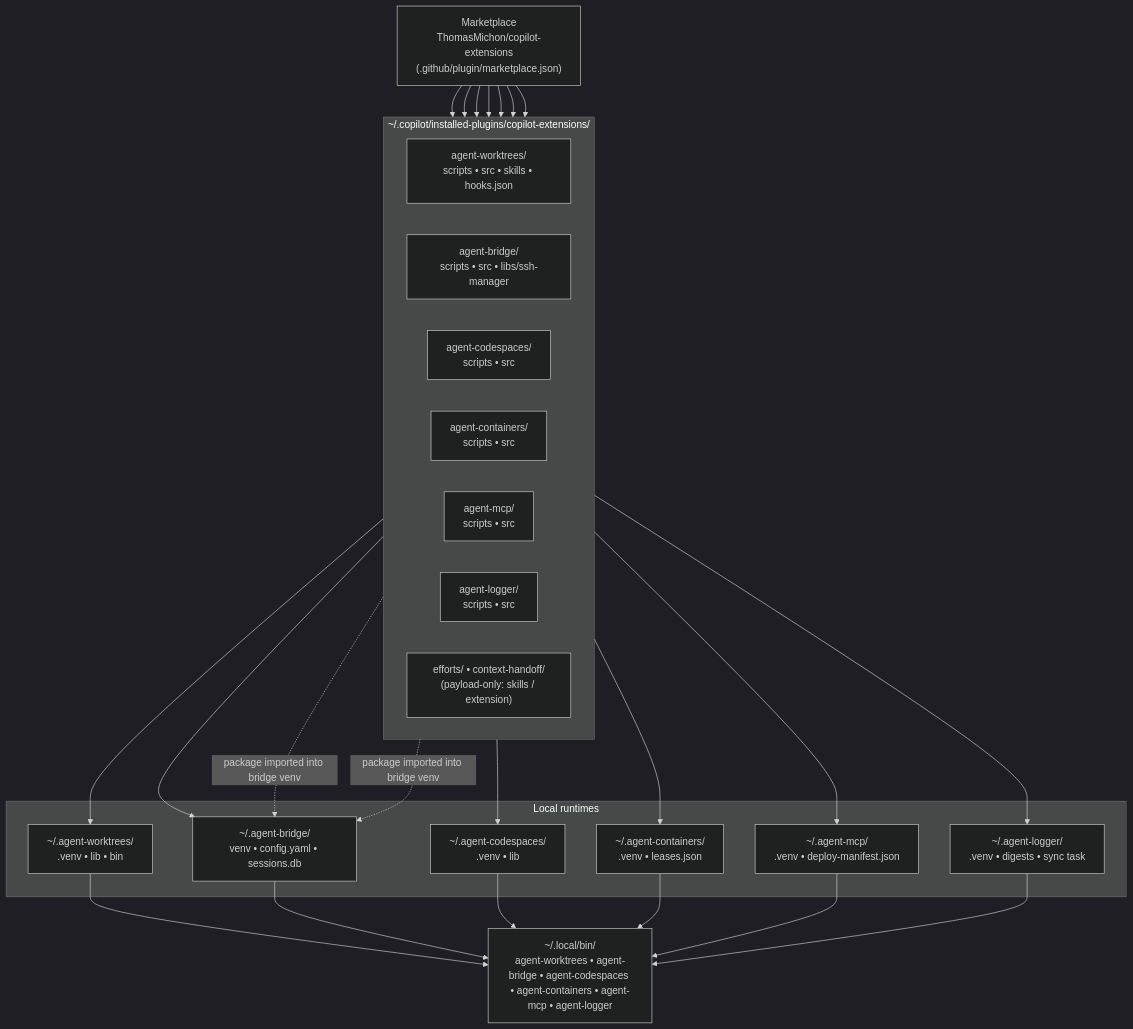
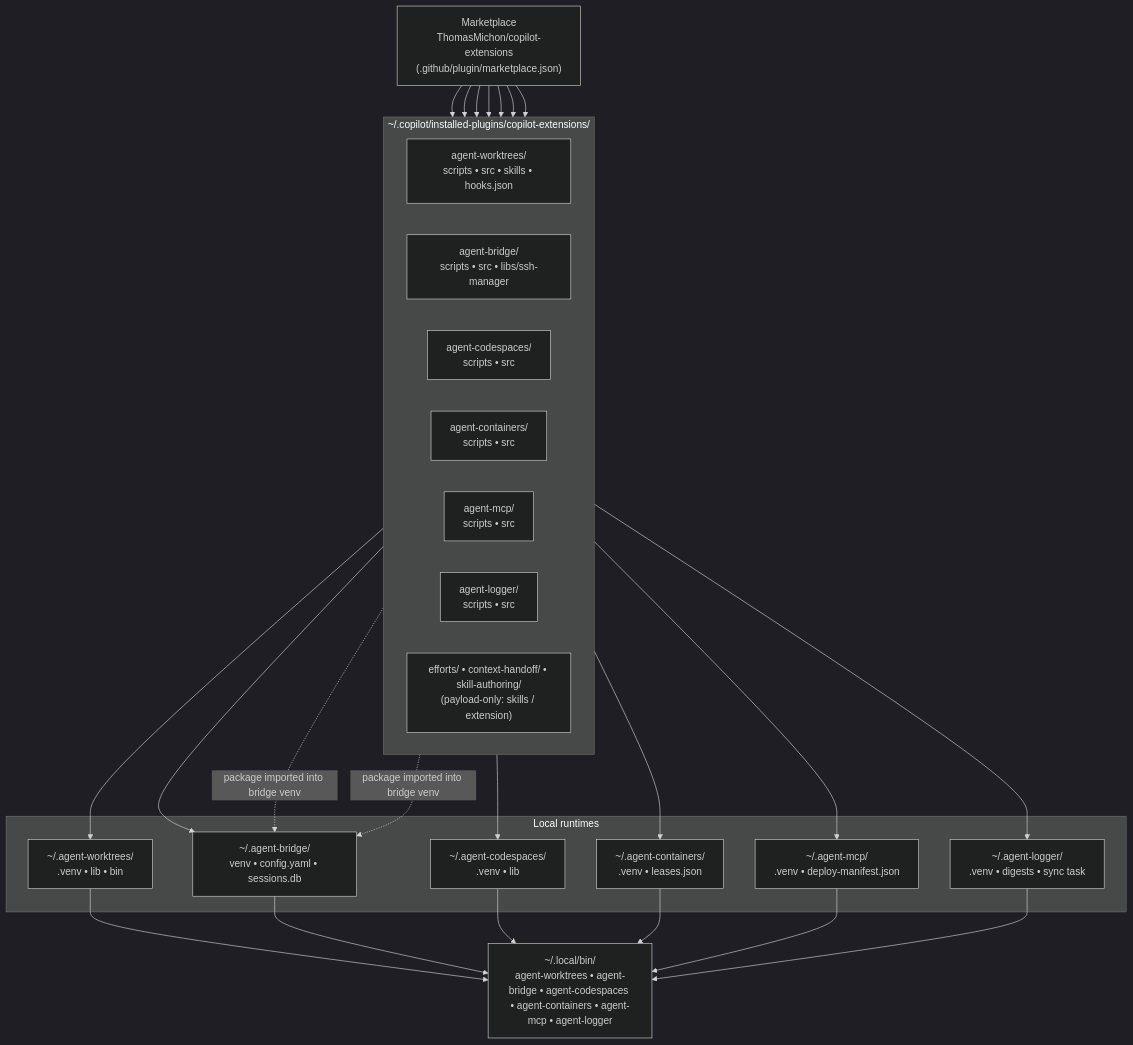
Before and after one commit to ThomasMichon/copilot-extensions: the first of 4 diagrams in docs/architecture.md, drawn with Mermaid (dark theme). The commit also changed other lines of this file and 6 other files, not shown here.

First line of the commit message:
skill-authoring: new payload-only plugin for authoring extensions (Phase 4)

````diff
--- a/docs/architecture.md
+++ b/docs/architecture.md
@@ -46,38 +47,38 @@
 ```mermaid
 flowchart TB
     MP["Marketplace<br/>ThomasMichon/copilot-extensions<br/>(.github/plugin/marketplace.json)"]
     subgraph IP["~/.copilot/installed-plugins/copilot-extensions/"]
       direction LR
       AW["agent-worktrees/<br/>scripts • src • skills • hooks.json"]
       AB["agent-bridge/<br/>scripts • src • libs/ssh-manager"]
       AC["agent-codespaces/<br/>scripts • src"]
       AN["agent-containers/<br/>scripts • src"]
       AM["agent-mcp/<br/>scripts • src"]
       AL["agent-logger/<br/>scripts • src"]
-      PO["efforts/ • context-handoff/<br/>(payload-only: skills / extension)"]
+      PO["efforts/ • context-handoff/ • skill-authoring/<br/>(payload-only: skills / extension)"]
     end
     subgraph RT["Local runtimes"]
       RW["~/.agent-worktrees/<br/>.venv • lib • bin"]
       RB["~/.agent-bridge/<br/>venv • config.yaml • sessions.db"]
       RC["~/.agent-codespaces/<br/>.venv • lib"]
       RN["~/.agent-containers/<br/>.venv • leases.json"]
       RM["~/.agent-mcp/<br/>.venv • deploy-manifest.json"]
       RL["~/.agent-logger/<br/>.venv • digests • sync task"]
     end
     BIN["~/.local/bin/<br/>agent-worktrees • agent-bridge • agent-codespaces • agent-containers • agent-mcp • agent-logger"]
     MP --> AW --> RW
     MP --> AB --> RB
     MP --> AC --> RC
     MP --> AN --> RN
     MP --> AM --> RM
     MP --> AL --> RL
     MP --> PO
     RW --> BIN
     RB --> BIN
     RC --> BIN
     RN --> BIN
     RM --> BIN
     RL --> BIN
     AC -.->|package imported into bridge venv| RB
     AN -.->|package imported into bridge venv| RB
 ```
````
